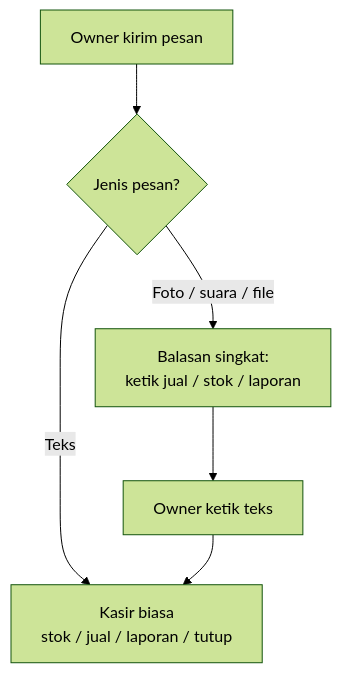
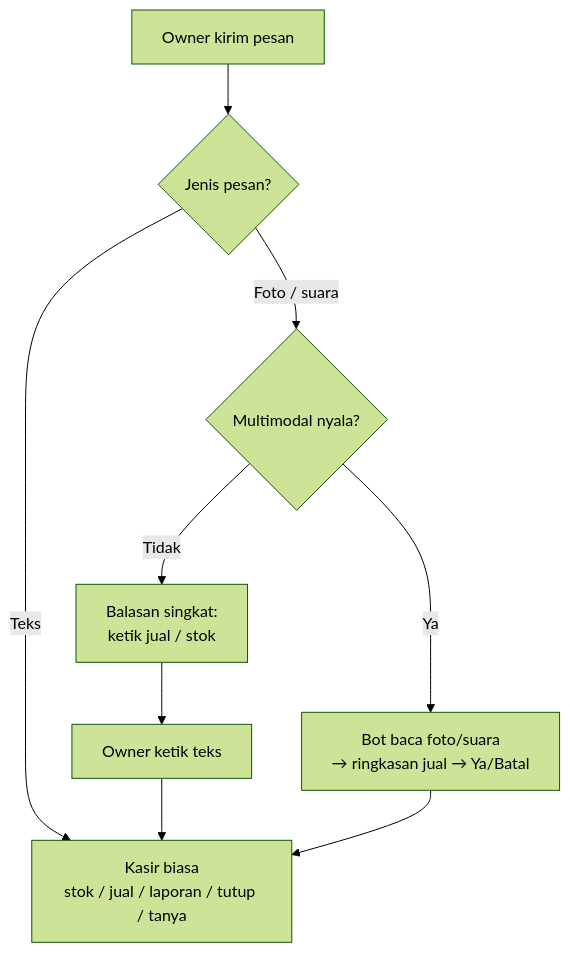
One commit to nusantarasoft/juragan-aibuilder-cup changed the diagram in diagrams/aistudio/umkm-wa/business/L0c-chat-only.mmd. Above: the diagram before and after it, drawn with Mermaid (forest theme). The commit also changed 11 other files, not shown here.

First line of the commit message:
feat(kasir): soft-GA multimodal ON + block consult ledger intents

```diff
--- a/diagrams/aistudio/umkm-wa/business/L0c-chat-only.mmd
+++ b/diagrams/aistudio/umkm-wa/business/L0c-chat-only.mmd
@@ -1,8 +1,11 @@
-%% Product rule: chat-only default (sales / pitch — no eng jargon)
-%% Foto/suara belum jadi input jual di v1; sistem mengarahkan ketik teks.
+%% Product: chat teks + multimodal soft GA (sales — no eng jargon)
+%% Foto/suara: kalau saklar ON → bisa jadi draft jual; kalau OFF → minta ketik.
 flowchart TB
   A[Owner kirim pesan] --> B{Jenis pesan?}
-  B -->|Teks| C[Kasir biasa<br/>stok / jual / laporan / tutup]
-  B -->|Foto / suara / file| D[Balasan singkat:<br/>ketik jual / stok / laporan]
-  D --> E[Owner ketik teks]
-  E --> C
+  B -->|Teks| C[Kasir biasa<br/>stok / jual / laporan / tutup / tanya]
+  B -->|Foto / suara| M{Multimodal nyala?}
+  M -->|Ya| D[Bot baca foto/suara<br/>→ ringkasan jual → Ya/Batal]
+  M -->|Tidak| E[Balasan singkat:<br/>ketik jual / stok]
+  E --> F[Owner ketik teks]
+  F --> C
+  D --> C
```
